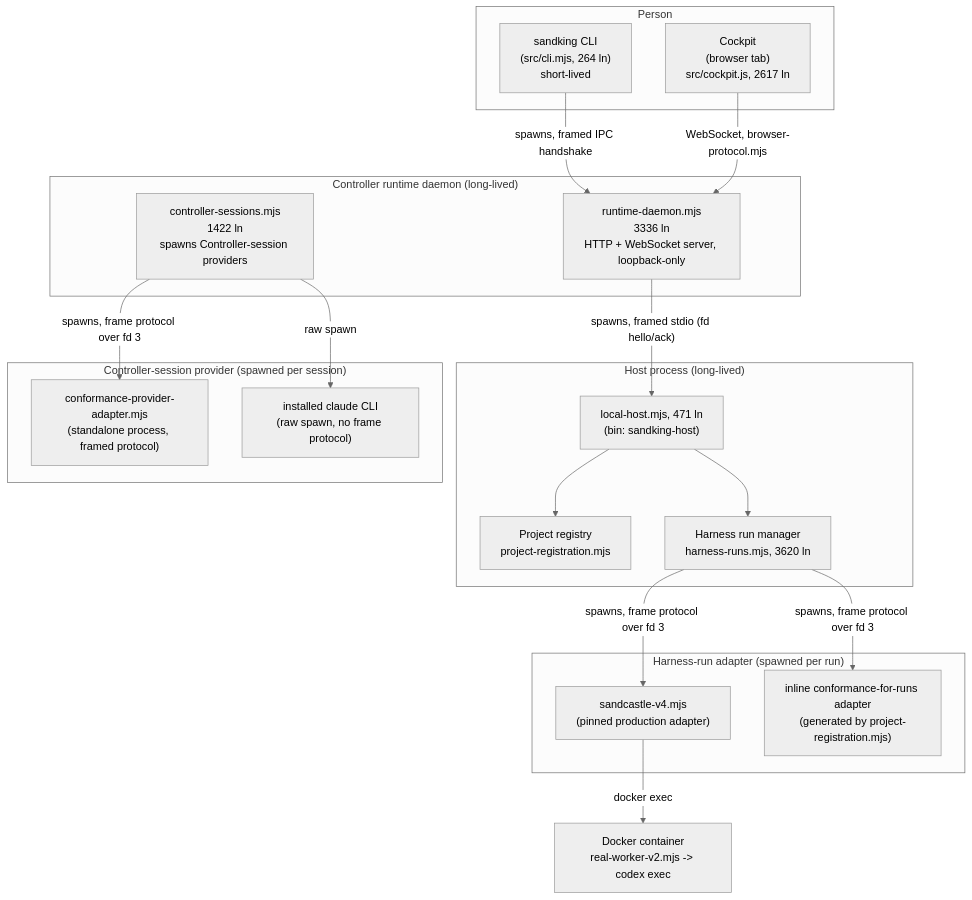
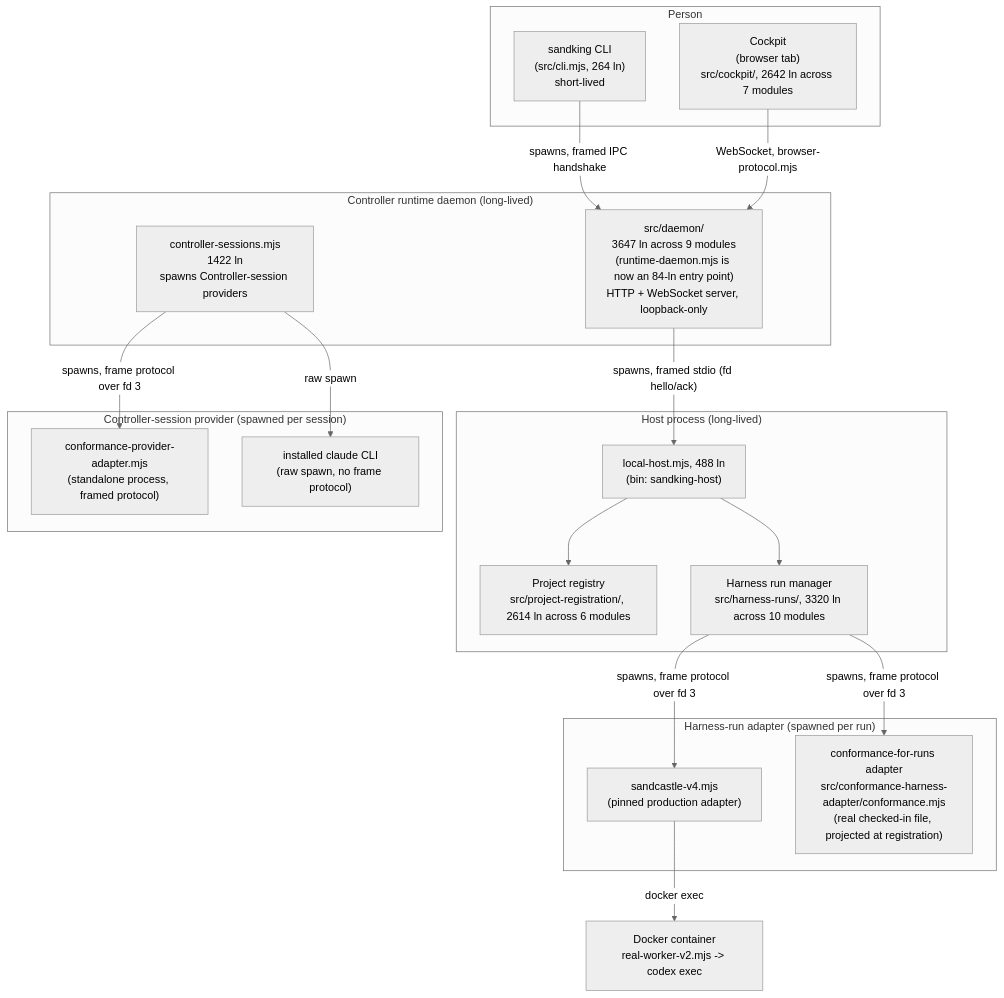
The first of 2 diagrams in docs/architecture.md (DylanCope/sandking), drawn with Mermaid (neutral theme) before and after one commit. The commit also changed other lines of this file and 3 other files, not shown here.

````diff
--- a/docs/architecture.md
+++ b/docs/architecture.md
@@ -21,39 +22,39 @@
 ```mermaid
 graph TD
     subgraph human["Person"]
         CLI["sandking CLI\n(src/cli.mjs, 264 ln)\nshort-lived"]
-        Browser["Cockpit\n(browser tab)\nsrc/cockpit.js, 2617 ln"]
+        Browser["Cockpit\n(browser tab)\nsrc/cockpit/, 2642 ln across 7 modules"]
     end
 
     subgraph daemon["Controller runtime daemon (long-lived)"]
-        Daemon["runtime-daemon.mjs\n3336 ln\nHTTP + WebSocket server, loopback-only"]
+        Daemon["src/daemon/\n3647 ln across 9 modules\n(runtime-daemon.mjs is now an 84-ln entry point)\nHTTP + WebSocket server, loopback-only"]
         Sessions["controller-sessions.mjs\n1422 ln\nspawns Controller-session providers"]
     end
 
     subgraph hostproc["Host process (long-lived)"]
-        Host["local-host.mjs, 471 ln\n(bin: sandking-host)"]
-        Registry["Project registry\nproject-registration.mjs"]
-        Runs["Harness run manager\nharness-runs.mjs, 3620 ln"]
+        Host["local-host.mjs, 488 ln\n(bin: sandking-host)"]
+        Registry["Project registry\nsrc/project-registration/, 2614 ln across 6 modules"]
+        Runs["Harness run manager\nsrc/harness-runs/, 3320 ln across 10 modules"]
     end
 
     subgraph runadapters["Harness-run adapter (spawned per run)"]
         SC4["sandcastle-v4.mjs\n(pinned production adapter)"]
-        InlineConf["inline conformance-for-runs adapter\n(generated by project-registration.mjs)"]
+        InlineConf["conformance-for-runs adapter\nsrc/conformance-harness-adapter/conformance.mjs\n(real checked-in file, projected at registration)"]
     end
 
     subgraph sessionadapters["Controller-session provider (spawned per session)"]
         ConfAdapter["conformance-provider-adapter.mjs\n(standalone process, framed protocol)"]
         ClaudeCLI["installed claude CLI\n(raw spawn, no frame protocol)"]
     end
 
     CLI -- "spawns, framed IPC handshake" --> Daemon
     Browser -- "WebSocket, browser-protocol.mjs" --> Daemon
     Daemon -- "spawns, framed stdio (fd hello/ack)" --> Host
     Host --> Registry
     Host --> Runs
     Runs -- "spawns, frame protocol over fd 3" --> SC4
     Runs -- "spawns, frame protocol over fd 3" --> InlineConf
     SC4 -- "docker exec" --> DockerCodex["Docker container\nreal-worker-v2.mjs -> codex exec"]
     Sessions -- "spawns, frame protocol over fd 3" --> ConfAdapter
     Sessions -- "raw spawn" --> ClaudeCLI
 ```
````
